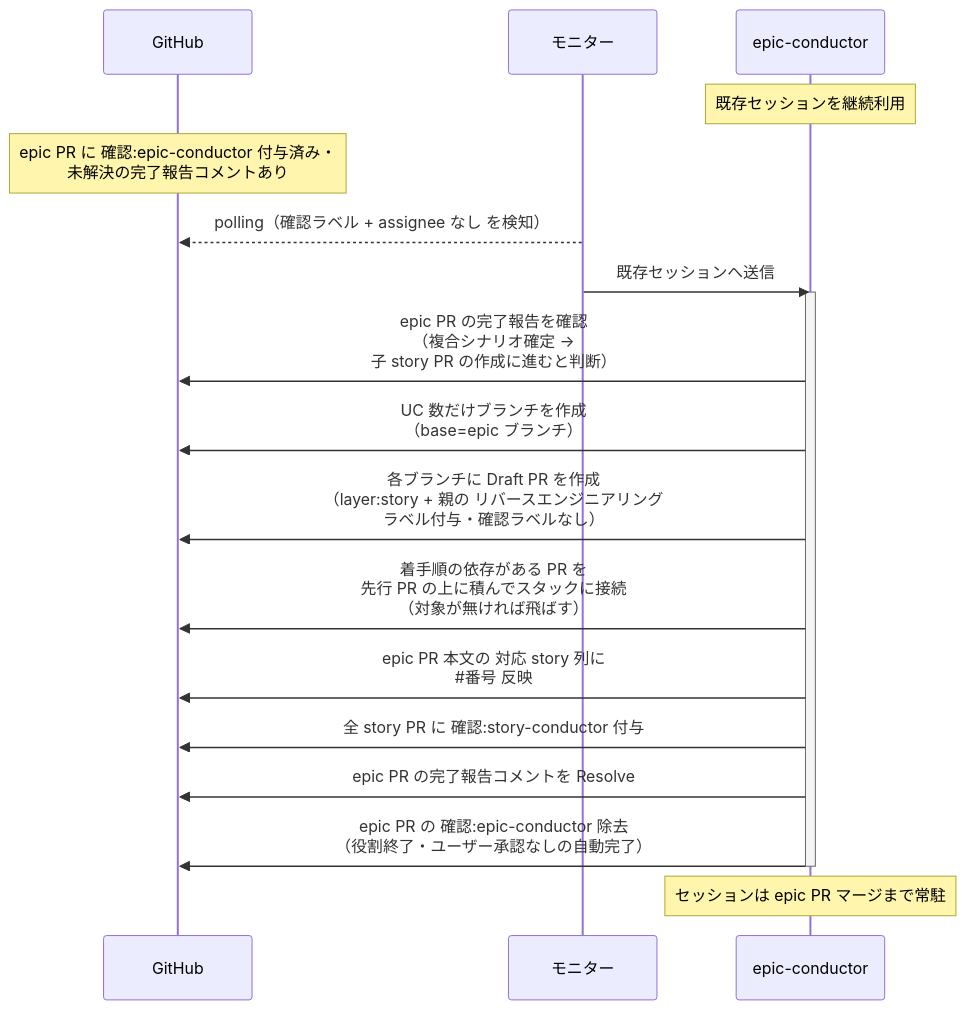
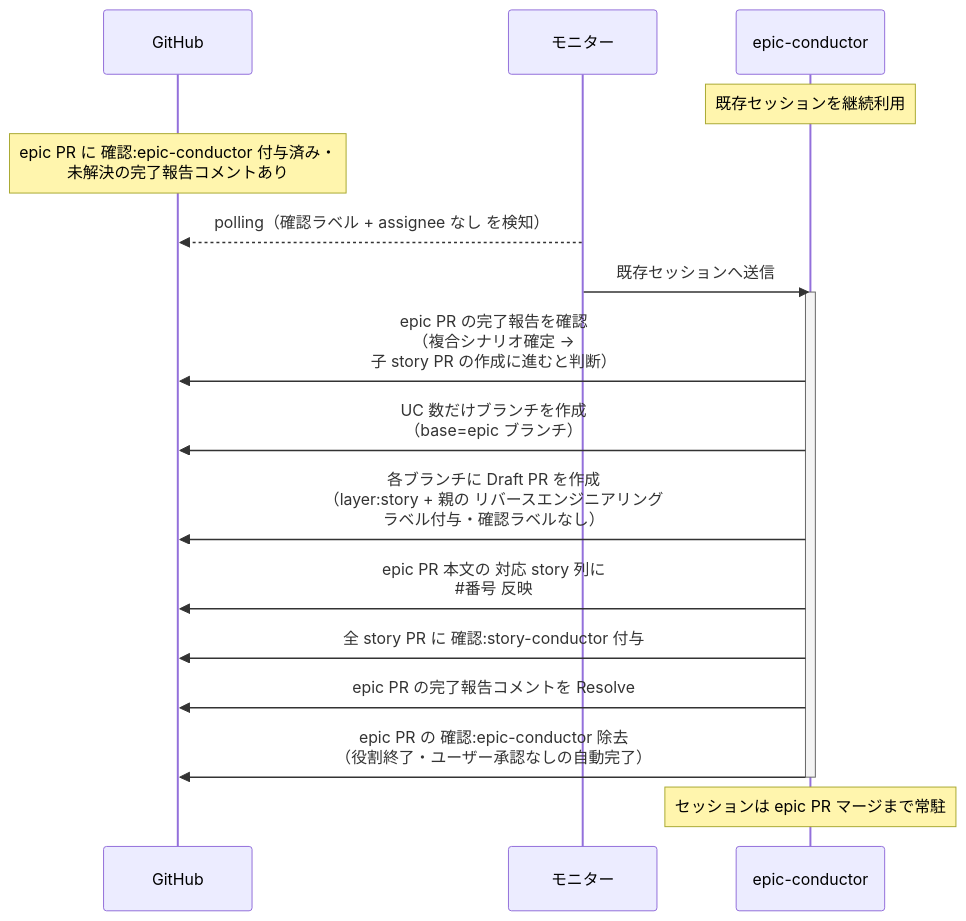
Before and after one commit to shuhei1101/ai-monitor: the diagram in docs/wiki/設計図/シナリオ/単一ユースケース/子storyPR作成.md, drawn with Mermaid. The commit also changed 108 other files, not shown here.

````diff
--- a/docs/wiki/設計図/シナリオ/単一ユースケース/子storyPR作成.md
+++ b/docs/wiki/設計図/シナリオ/単一ユースケース/子storyPR作成.md
@@ -27,22 +27,21 @@
 ```mermaid
 sequenceDiagram
   participant GH as GitHub
   participant ORC as モニター
   participant MON as epic-conductor
 
   Note over MON: 既存セッションを継続利用
   Note over GH: epic PR に 確認:epic-conductor 付与済み・<br>未解決の完了報告コメントあり
   ORC-->>GH: polling（確認ラベル + assignee なし を検知）
   ORC->>MON: 既存セッションへ送信
   activate MON
   MON->>GH: epic PR の完了報告を確認<br>（複合シナリオ確定 →<br>子 story PR の作成に進むと判断）
   MON->>GH: UC 数だけブランチを作成<br>（base=epic ブランチ）
   MON->>GH: 各ブランチに Draft PR を作成<br>（layer:story + 親の リバースエンジニアリング<br>ラベル付与・確認ラベルなし）
-  MON->>GH: 着手順の依存がある PR を<br>先行 PR の上に積んでスタックに接続<br>（対象が無ければ飛ばす）
   MON->>GH: epic PR 本文の 対応 story 列に<br>#35;番号 反映
   MON->>GH: 全 story PR に 確認:story-conductor 付与
   MON->>GH: epic PR の完了報告コメントを Resolve
   MON->>GH: epic PR の 確認:epic-conductor 除去<br>（役割終了・ユーザー承認なしの自動完了）
   deactivate MON
   Note over MON: セッションは epic PR マージまで常駐
 ```
````
